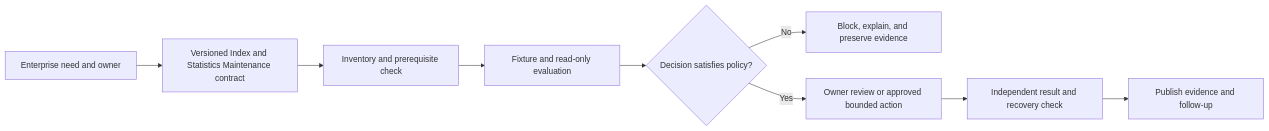
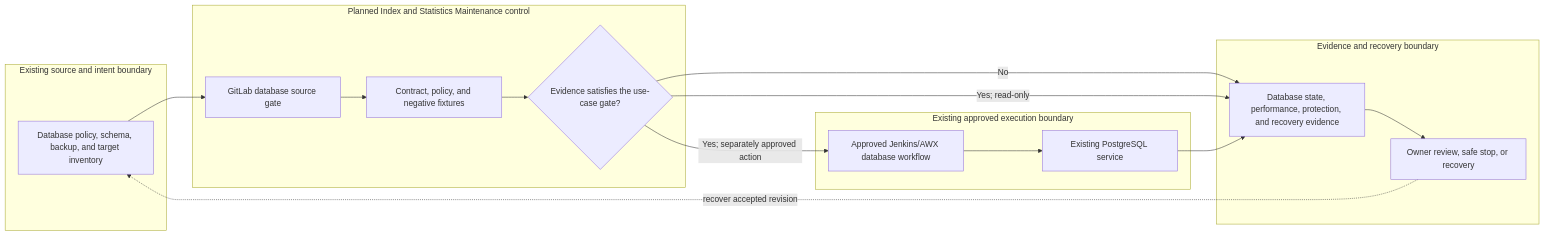
One commit to MIDHTECH/enterprise-architecture-docs changed the diagram in docs/use-cases/database/UC-DB-010-index-and-statistics-maintenance.md. Above: the diagram before and after it, drawn with Mermaid. The commit also changed other lines of this file and 227 other files, not shown here.

Commit message:
Deepen architecture for all use case designs

````diff
--- a/docs/use-cases/database/UC-DB-010-index-and-statistics-maintenance.md
+++ b/docs/use-cases/database/UC-DB-010-index-and-statistics-maintenance.md
@@ -136,11 +129,25 @@
 ```mermaid
 flowchart LR
-    Need["Enterprise need and owner"] --> Contract["Versioned Index and Statistics Maintenance contract"]
-    Contract --> Preflight["Inventory and prerequisite check"]
-    Preflight --> Evaluate["Fixture and read-only evaluation"]
-    Evaluate --> Decision{"Decision satisfies policy?"}
-    Decision -->|No| Stop["Block, explain, and preserve evidence"]
-    Decision -->|Yes| Review["Owner review or approved bounded action"]
-    Review --> Verify["Independent result and recovery check"]
-    Verify --> Publish["Publish evidence and follow-up"]
+    subgraph Source["Existing source and intent boundary"]
+        A["Database policy, schema, backup, and target inventory"]
+    end
+    subgraph Planned["Planned Index and Statistics Maintenance control"]
+        B["GitLab database source gate"]
+        C["Contract, policy, and negative fixtures"]
+        D{"Evidence satisfies the use-case gate?"}
+    end
+    subgraph Runtime["Existing approved execution boundary"]
+        E["Approved Jenkins/AWX database workflow"]
+        F["Existing PostgreSQL service"]
+    end
+    subgraph Assurance["Evidence and recovery boundary"]
+        G["Database state, performance, protection, and recovery evidence"]
+        H["Owner review, safe stop, or recovery"]
+    end
+
+    A --> B --> C --> D
+    D -->|No| G --> H
+    D -->|Yes; read-only| G
+    D -->|Yes; separately approved action| E --> F --> G
+    H -. recover accepted revision .-> A
 ```
````
